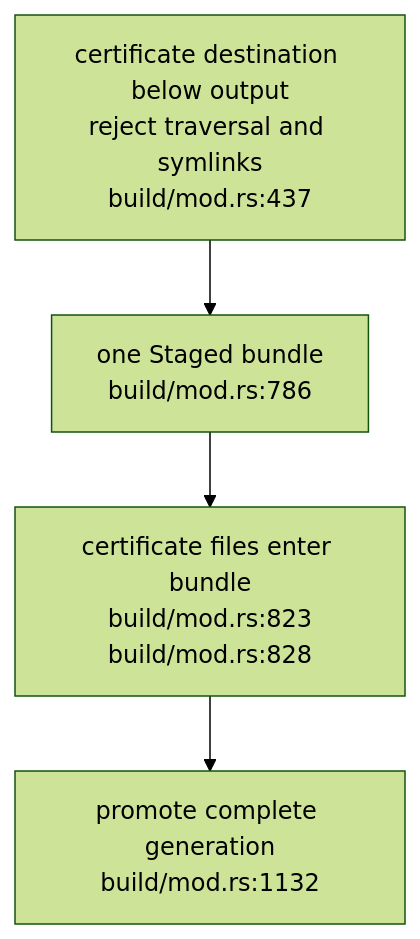
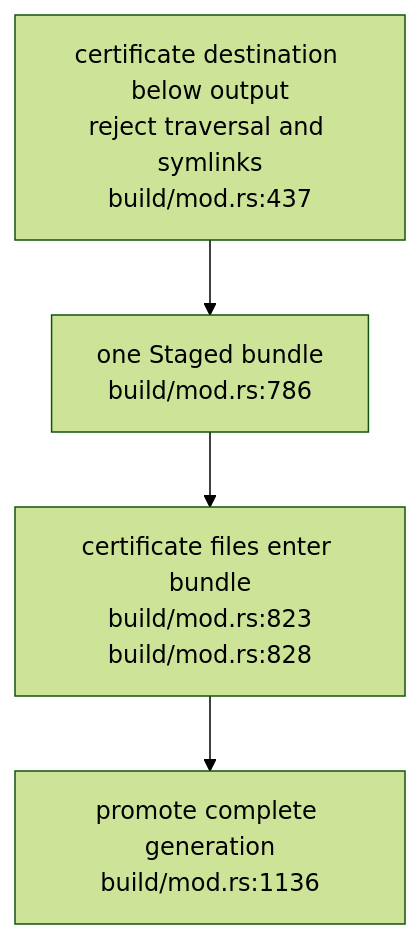
One commit to DreamLab-AI/VisionFlow changed the first of 3 diagrams in docs/diagrams/ontomark/13-certificate-transaction-and-identity-repairs.md. Above: the diagram before and after it, drawn with Mermaid (forest theme). The commit also changed other lines of this file and 154 other files, not shown here.

First line of the commit message:
docs(diagrams): re-stamp 154 topics whose every citation still reads the same text at the current heads

````diff
--- a/docs/diagrams/ontomark/13-certificate-transaction-and-identity-repairs.md
+++ b/docs/diagrams/ontomark/13-certificate-transaction-and-identity-repairs.md
@@ -24,8 +24,8 @@
 ```mermaid
 flowchart TB
     DEST["certificate destination below output<br/>reject traversal and symlinks<br/>build/mod.rs:437"]
     STAGE["one Staged bundle<br/>build/mod.rs:786"]
     CERT["certificate files enter bundle<br/>build/mod.rs:823<br/>build/mod.rs:828"]
-    PROMOTE["promote complete generation<br/>build/mod.rs:1132"]
+    PROMOTE["promote complete generation<br/>build/mod.rs:1136"]
     DEST --> STAGE --> CERT --> PROMOTE
 ```
````
